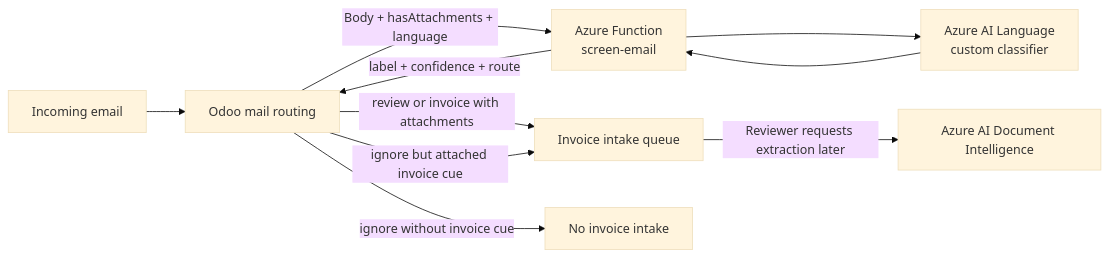
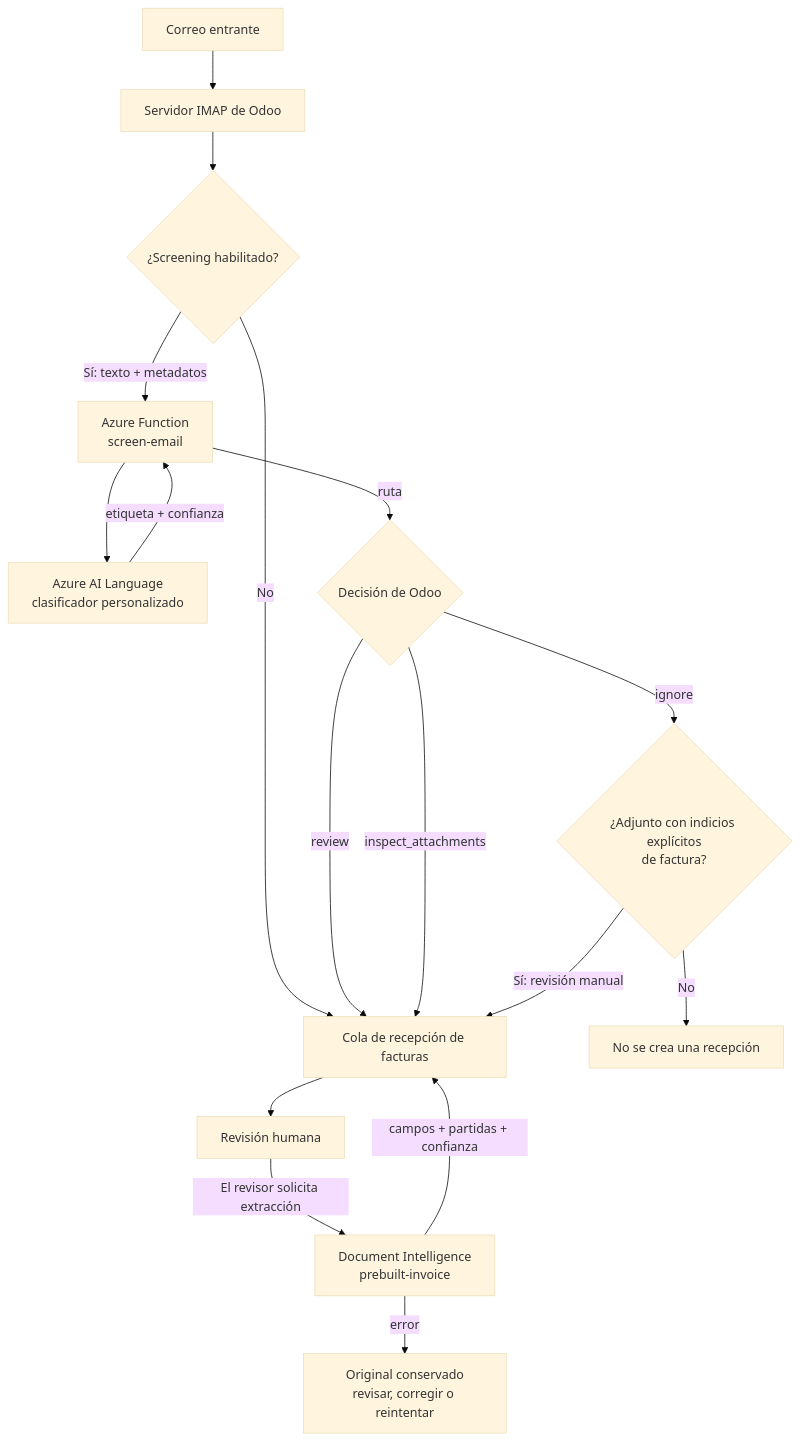
The third of 3 diagrams in custom_addons/rioclaro_invoice_inbox/README.md (ahilotuz/proyecto-distribuidora-rio-claro), drawn with Mermaid (base theme) before and after one commit. The commit also changed other lines of this file and 79 other files, not shown here.

````diff
--- a/custom_addons/rioclaro_invoice_inbox/README.md
+++ b/custom_addons/rioclaro_invoice_inbox/README.md
@@ -88,12 +221,20 @@
 ```mermaid
-flowchart LR
-    Mail[Incoming email] --> Odoo[Odoo mail routing]
-    Odoo -->|Body + hasAttachments + language| Function[Azure Function<br/>screen-email]
-    Function --> Language[Azure AI Language<br/>custom classifier]
-    Language --> Function
-    Function -->|label + confidence + route| Odoo
-    Odoo -->|review or invoice with attachments| Intake[Invoice intake queue]
-    Odoo -->|ignore without invoice cue| Skip[No invoice intake]
-    Odoo -->|ignore but attached invoice cue| Intake
-    Intake -->|Reviewer requests extraction later| DI[Azure AI Document Intelligence]
+flowchart TD
+    Mail[Correo entrante] --> IMAP[Servidor IMAP de Odoo]
+    IMAP --> Enabled{¿Screening habilitado?}
+    Enabled -->|No| Intake[Cola de recepción de facturas]
+    Enabled -->|Sí: texto + metadatos| Function[Azure Function<br/>screen-email]
+    Function --> Language[Azure AI Language<br/>clasificador personalizado]
+    Language -->|etiqueta + confianza| Function
+    Function -->|ruta| Route{Decisión de Odoo}
+    Route -->|review| Intake
+    Route -->|inspect_attachments| Intake
+    Route -->|ignore| Cues{¿Adjunto con indicios explícitos<br/>de factura?}
+    Cues -->|Sí: revisión manual| Intake
+    Cues -->|No| Skip[No se crea una recepción]
+
+    Intake --> Review[Revisión humana]
+    Review -->|El revisor solicita extracción| DI[Document Intelligence<br/>prebuilt-invoice]
+    DI -->|campos + partidas + confianza| Intake
+    DI -->|error| Manual[Original conservado<br/>revisar, corregir o reintentar]
 ```
````
